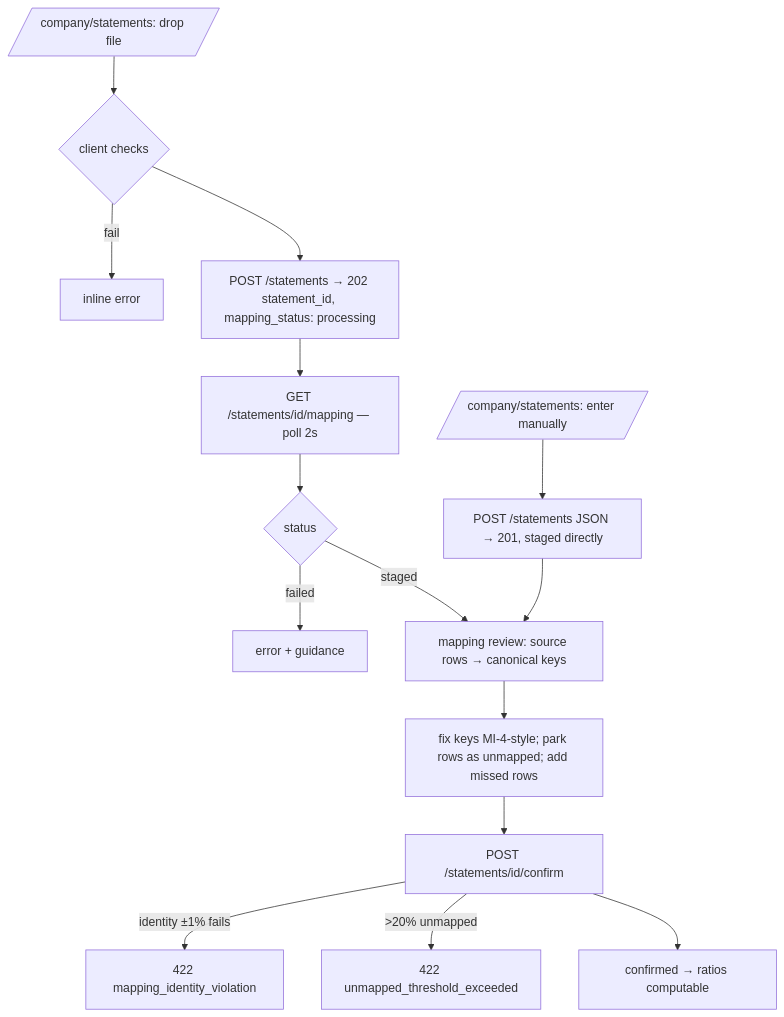
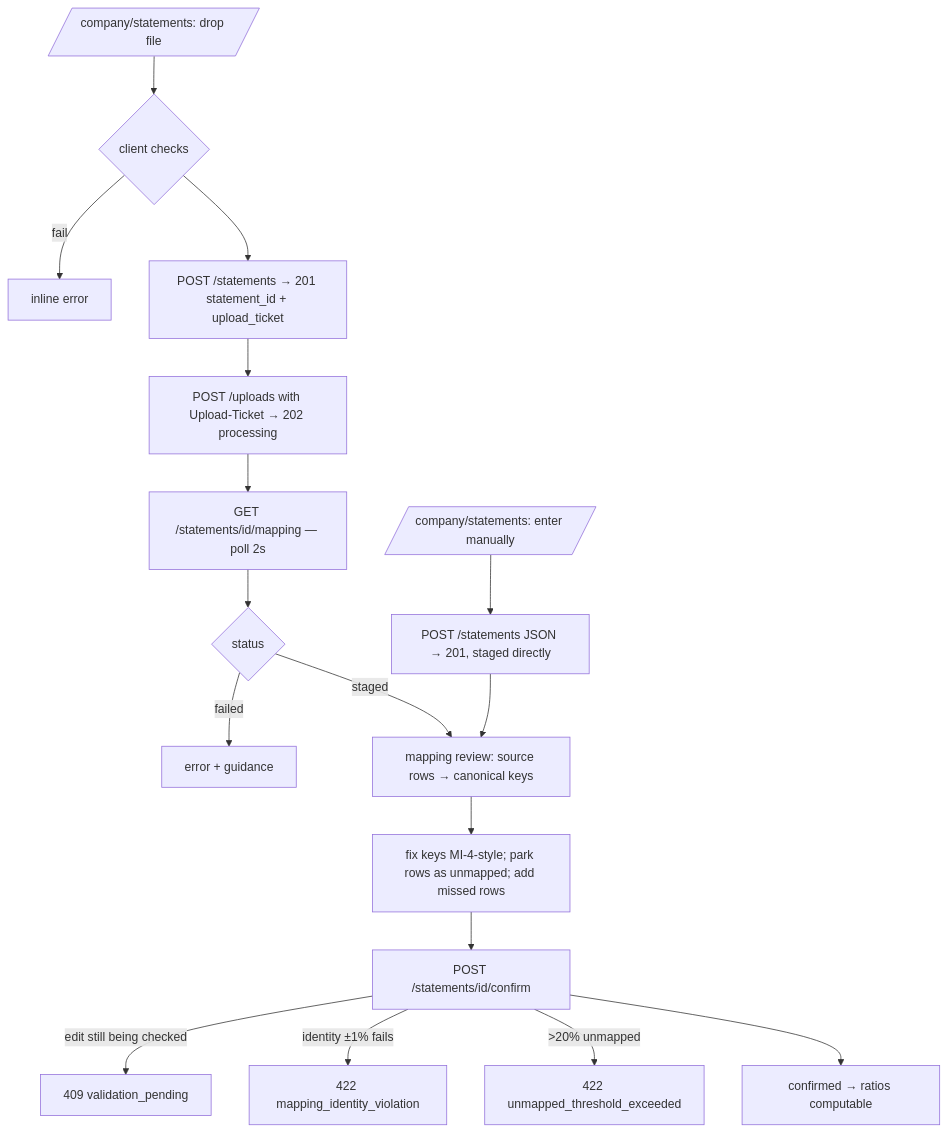
One commit to cuesoftinc/expendit changed the diagram in docs/flows/statement-mapping.md. Above: the diagram before and after it, drawn with Mermaid. The commit also changed other lines of this file and 21 other files, not shown here.

````diff
--- a/docs/flows/statement-mapping.md
+++ b/docs/flows/statement-mapping.md
@@ -10,17 +10,19 @@
 ```mermaid
 flowchart TD
     UP[/company/statements: drop file/] --> VAL{client checks}
     MAN[/company/statements: enter manually/] --> MPOST[POST /statements JSON → 201, staged directly]
     VAL -->|fail| E0[inline error]
-    VAL --> POST[POST /statements → 202 statement_id, mapping_status: processing]
-    POST --> POLL[GET /statements/id/mapping — poll 2s]
+    VAL --> POST[POST /statements → 201 statement_id + upload_ticket]
+    POST --> SEND[POST /uploads with Upload-Ticket → 202 processing]
+    SEND --> POLL[GET /statements/id/mapping — poll 2s]
     POLL --> ST{status}
     ST -->|failed| FAIL[error + guidance]
     ST -->|staged| REVIEW[mapping review: source rows → canonical keys]
     MPOST --> REVIEW
     REVIEW --> FIX[fix keys MI-4-style; park rows as unmapped; add missed rows]
     FIX --> CONFIRM[POST /statements/id/confirm]
+    CONFIRM -->|edit still being checked| E3[409 validation_pending]
     CONFIRM -->|identity ±1% fails| E1[422 mapping_identity_violation]
     CONFIRM -->|>20% unmapped| E2[422 unmapped_threshold_exceeded]
     CONFIRM --> DONE[confirmed → ratios computable]
 ```
````
